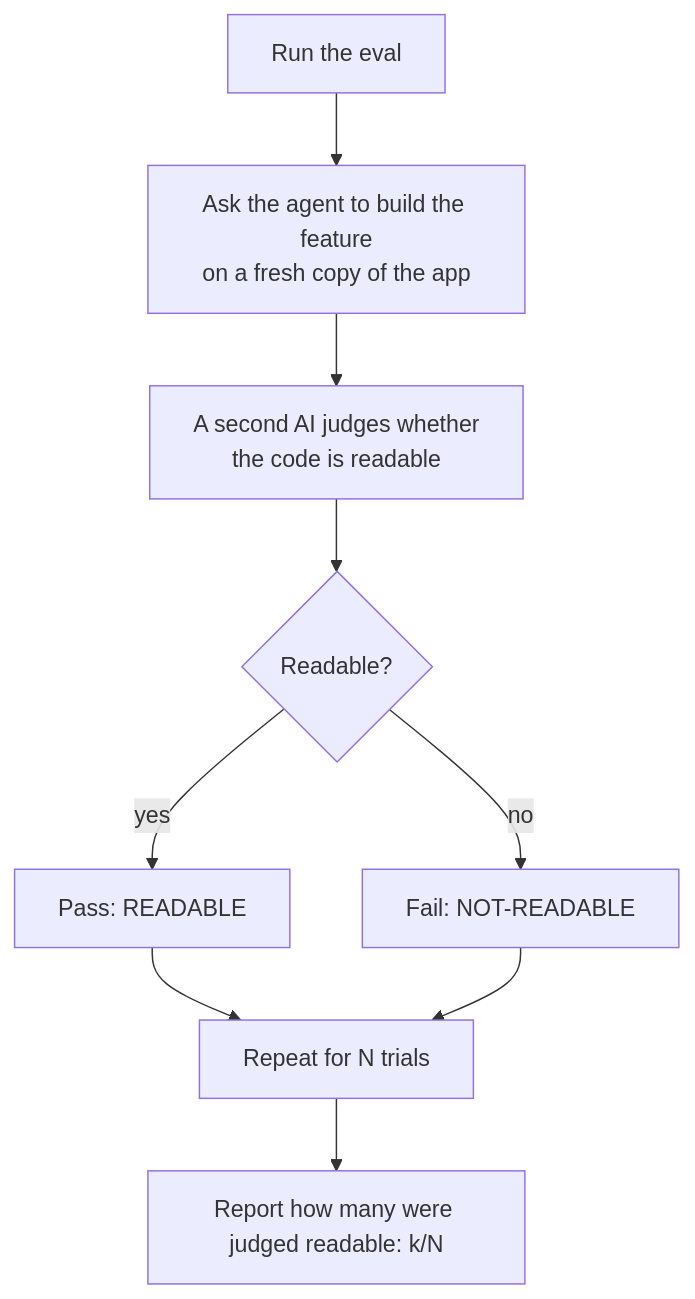
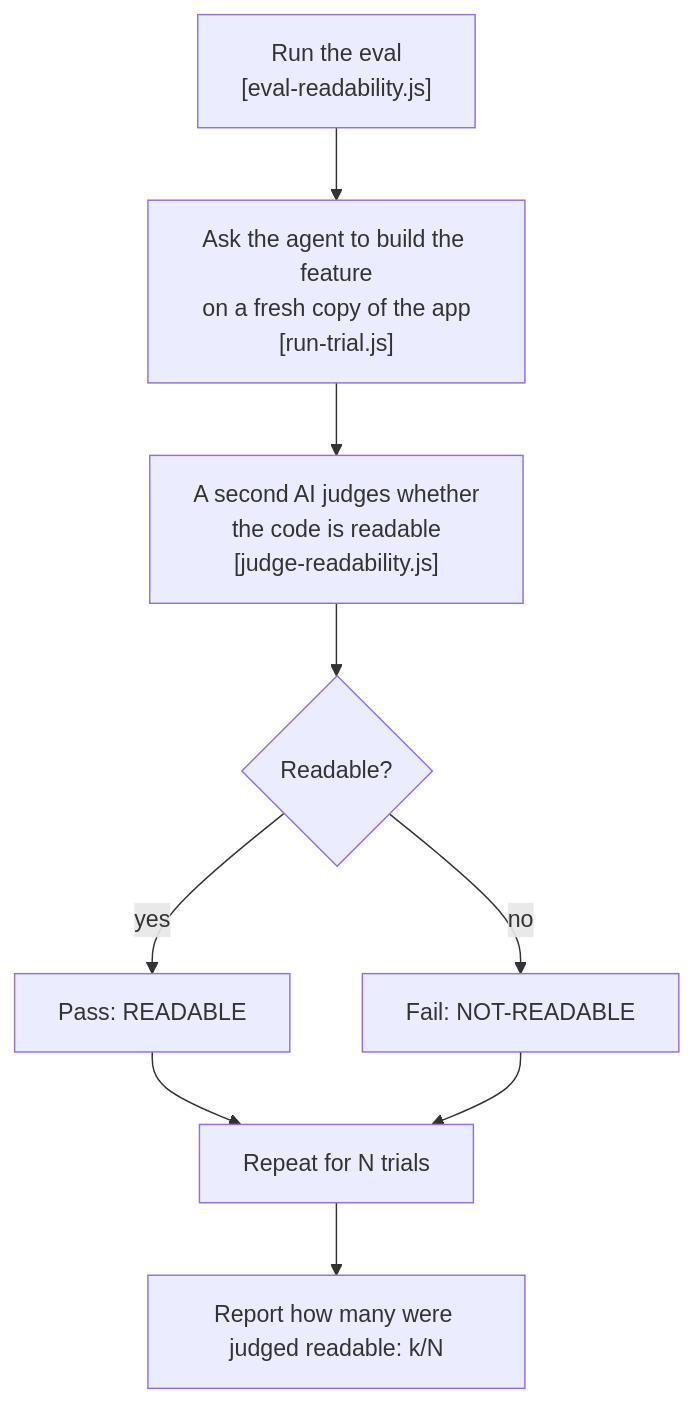
Before and after one commit to Codesai/development-with-AI: the diagram in HarnessingAgents/exercises/05-evals-nondeterministic-exercise.md, drawn with Mermaid. The commit also changed other lines of this file and 1 other file, not shown here.

Commit message:
docs(exercises): add eval flowcharts for clarity

````diff
--- a/HarnessingAgents/exercises/05-evals-nondeterministic-exercise.md
+++ b/HarnessingAgents/exercises/05-evals-nondeterministic-exercise.md
@@ -76,11 +76,11 @@
 ```mermaid
 flowchart TD
-    start["Run the eval"] --> trial["Ask the agent to build the feature<br/>on a fresh copy of the app"]
-    trial --> judge["A second AI judges whether<br/>the code is readable"]
+    start["Run the eval<br/>[eval-readability.js]"] --> trial["Ask the agent to build the feature<br/>on a fresh copy of the app<br/>[run-trial.js]"]
+    trial --> judge["A second AI judges whether<br/>the code is readable<br/>[judge-readability.js]"]
     judge --> verdict{"Readable?"}
     verdict -- "yes" --> pass["Pass: READABLE"]
     verdict -- "no" --> fail["Fail: NOT-READABLE"]
     pass --> repeat["Repeat for N trials"]
     fail --> repeat
     repeat --> summary["Report how many were judged readable: k/N"]
 ```
````
